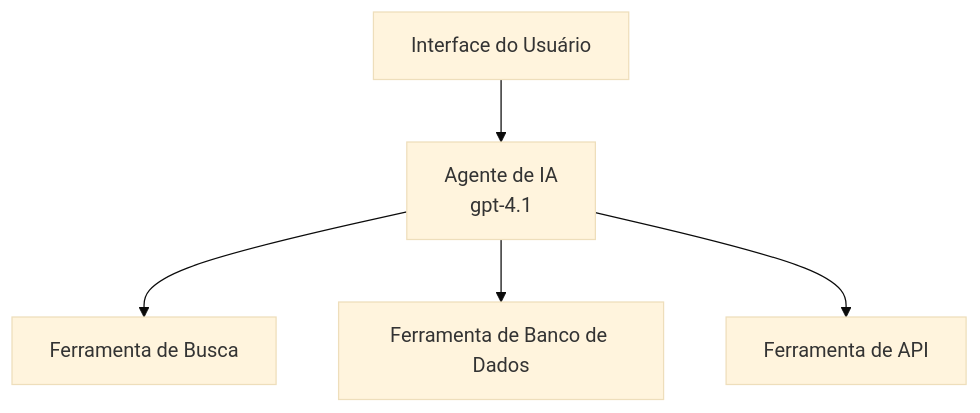
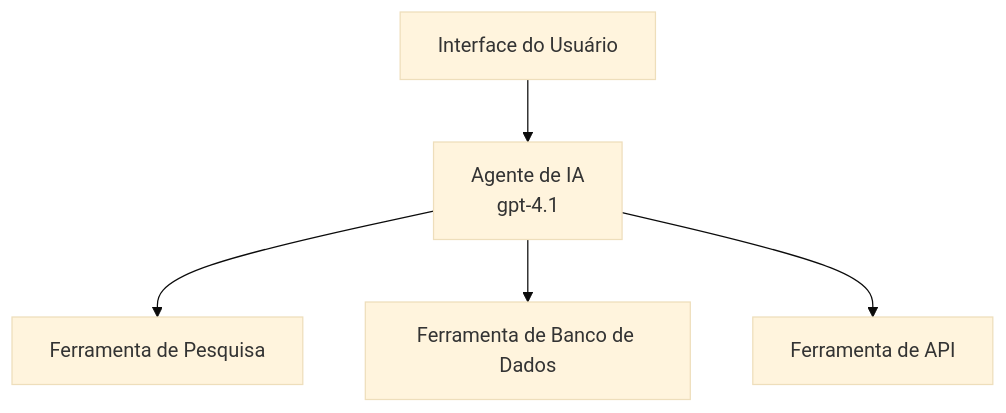
The first of 3 diagrams in translations/pt-BR/docs/chapter-02-ai-development/agents.md (microsoft/AZD-for-beginners), drawn with Mermaid (base theme) before and after one commit. The commit also changed other lines of this file and 59 other files, not shown here.

````diff
--- a/translations/pt-BR/docs/chapter-02-ai-development/agents.md
+++ b/translations/pt-BR/docs/chapter-02-ai-development/agents.md
@@ -162,7 +162,7 @@
 ```mermaid
 graph TD
     UI[Interface do Usuário] --> Agent[Agente de IA<br/>gpt-4.1]
-    Agent --> Search[Ferramenta de Busca]
+    Agent --> Search[Ferramenta de Pesquisa]
     Agent --> Database[Ferramenta de Banco de Dados]
     Agent --> API[Ferramenta de API]
 ```
````
